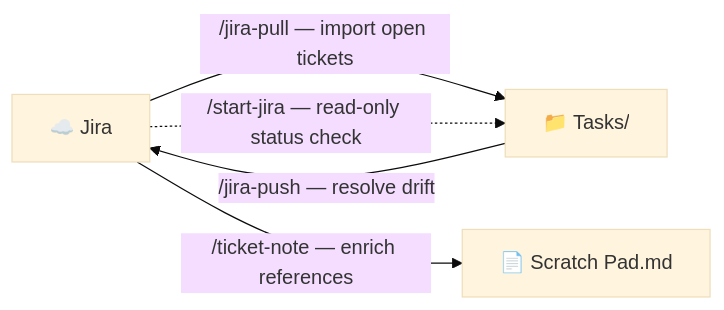
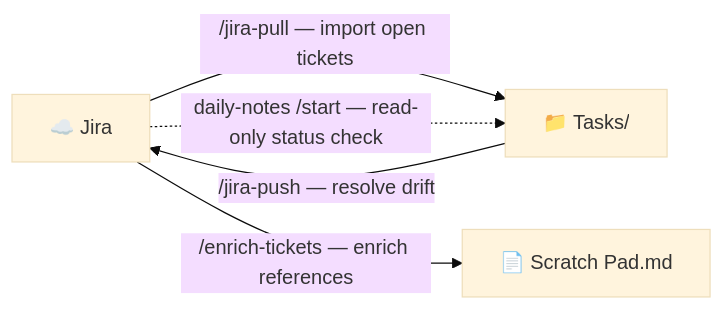
The second of 2 diagrams in plugins/productivity/notes-integrations/CONTRIBUTING.md (GhaidaAlAtoum/plugin-playground), drawn with Mermaid (base theme) before and after one commit. The commit also changed other lines of this file and 17 other files, not shown here.

````diff
--- a/plugins/productivity/notes-integrations/CONTRIBUTING.md
+++ b/plugins/productivity/notes-integrations/CONTRIBUTING.md
@@ -51,11 +51,11 @@
 ```mermaid
 flowchart LR
     J["☁️ Jira"]
     L["📁 Tasks/"]
     S["📄 Scratch Pad.md"]
 
     J -->|"/jira-pull — import open tickets"| L
     L -->|"/jira-push — resolve drift"| J
-    J -.->|"/start-jira — read-only status check"| L
-    J -->|"/ticket-note — enrich references"| S
+    J -.->|"daily-notes /start — read-only status check"| L
+    J -->|"/enrich-tickets — enrich references"| S
 ```
````
